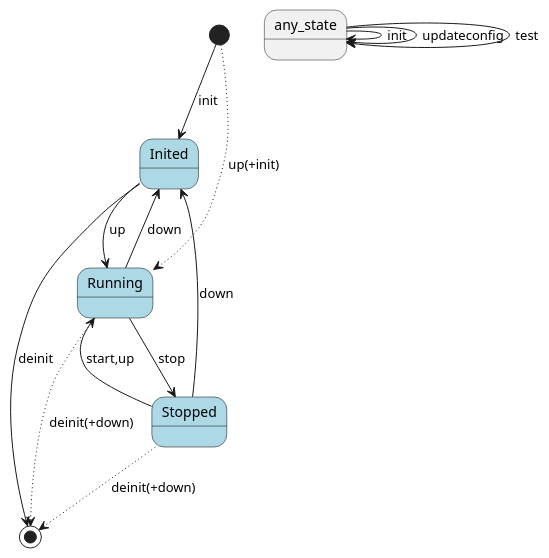
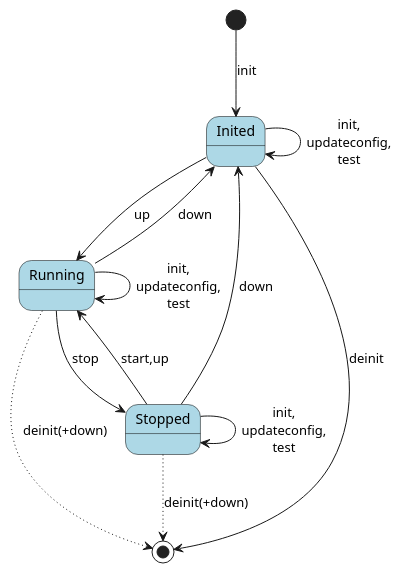
Before and after one commit to Cerulean-Circle-GmbH/MIMS: the diagram in qa/deploy/states.puml, drawn with PlantUML. The commit also changed 1 other file, not shown here.

Commit message:
Init must be called explicitly Fix returns, return values and exits

```diff
--- a/qa/deploy/states.puml
+++ b/qa/deploy/states.puml
@@ -1,28 +1,27 @@
 @startuml
 skinparam state {
     BackgroundColor<<State>> LightBlue
     BorderColor<<State>> Black
     BackgroundColor<<Action>> LightGreen
     BorderColor<<Action>> Black
 }
 
 state "Inited" as Inited <<State>>
 state "Running" as Running <<State>>
 state "Stopped" as Stopped <<State>>
 
 [*] --> Inited : init
-[*] -[dotted]-> Running : up(+init)
 Inited --> Running : up
 Stopped --> Running : start,up
 Running --> Stopped : stop
 Running --> Inited : down
 Stopped --> Inited : down
 Running -[dotted]-> [*] : deinit(+down)
 Inited --> [*] : deinit
 Stopped -[dotted]-> [*] : deinit(+down)
 
-any_state --> any_state : init
-any_state --> any_state : updateconfig
-any_state --> any_state : test
+Inited --> Inited : init,\nupdateconfig,\ntest
+Running --> Running : init,\nupdateconfig,\ntest
+Stopped --> Stopped : init,\nupdateconfig,\ntest
 
 @enduml
```
